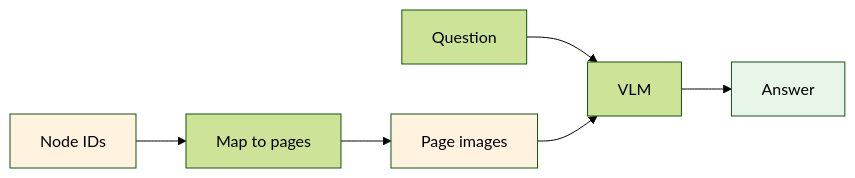
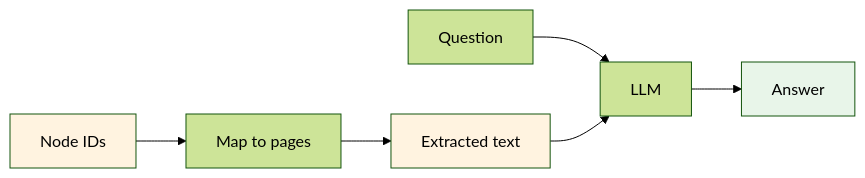
One commit to AyushSinghRana15/Vectorless-RAG changed the third of 3 diagrams in lab1/lab1_vectorless_rag.md. Above: the diagram before and after it, drawn with Mermaid (forest theme). The commit also changed other lines of this file, not shown here.

Commit message:
lab1: update markdown to match text-based approach

````diff
--- a/lab1/lab1_vectorless_rag.md
+++ b/lab1/lab1_vectorless_rag.md
@@ -345,11 +328,11 @@
 ```mermaid
 flowchart LR
     A["Node IDs"] --> B["Map to pages"]
-    B --> C["Page images"]
-    D["Question"] --> E["VLM"]
+    B --> C["Extracted text"]
+    D["Question"] --> E["LLM"]
     C --> E
     E --> F["Answer"]
     style A fill:#fff3e0
     style C fill:#fff3e0
     style F fill:#e8f5e9
 ```
````
